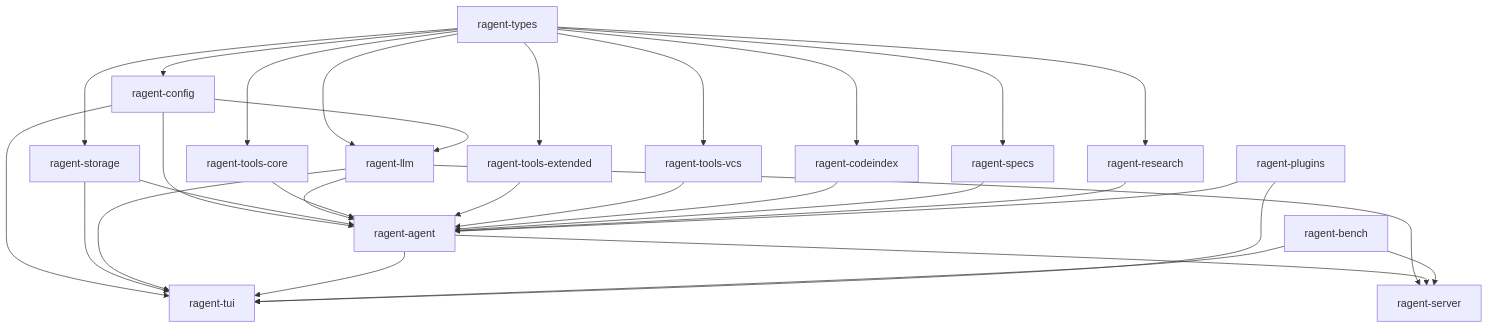
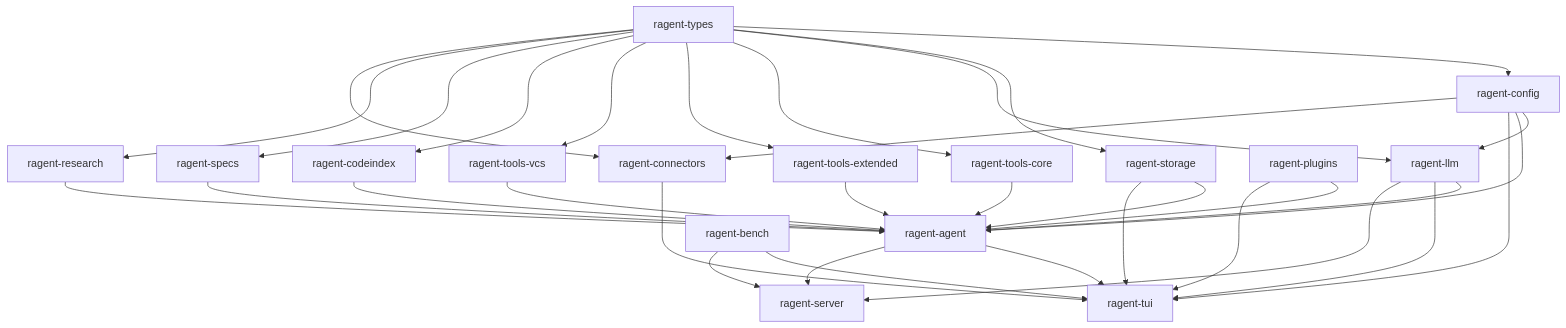
Before and after one commit to thawkins/ragent: the third of 20 diagrams in SPEC.md, drawn with Mermaid. The commit also changed other lines of this file and 239 other files, not shown here.

````diff
--- a/SPEC.md
+++ b/SPEC.md
@@ -502,48 +553,52 @@
 ```mermaid
 graph TD
     T[ragent-types]
     D[ragent-config]
     S[ragent-storage]
     L[ragent-llm]
     TC[ragent-tools-core]
     TE[ragent-tools-extended]
     TV[ragent-tools-vcs]
     A[ragent-agent]
     CI[ragent-codeindex]
     SV[ragent-server]
     TU[ragent-tui]
     SP[ragent-specs]
     RS[ragent-research]
     B[ragent-bench]
     PL[ragent-plugins]
+    CN[ragent-connectors]
 
     T --> D
     T --> S
     T --> L
     T --> TC
     T --> TE
     T --> TV
     T --> CI
     T --> SP
     T --> RS
+    T --> CN
     D --> L
     D --> A
     D --> TU
+    D --> CN
     S --> A
     S --> TU
     L --> A
     L --> TU
     L --> SV
     TC --> A
     TE --> A
     TV --> A
     A --> TU
     A --> SV
     CI --> A
     SP --> A
     RS --> A
     B --> TU
     B --> SV
     PL --> A
     PL --> TU
+    CN --> TU
 ```
````
